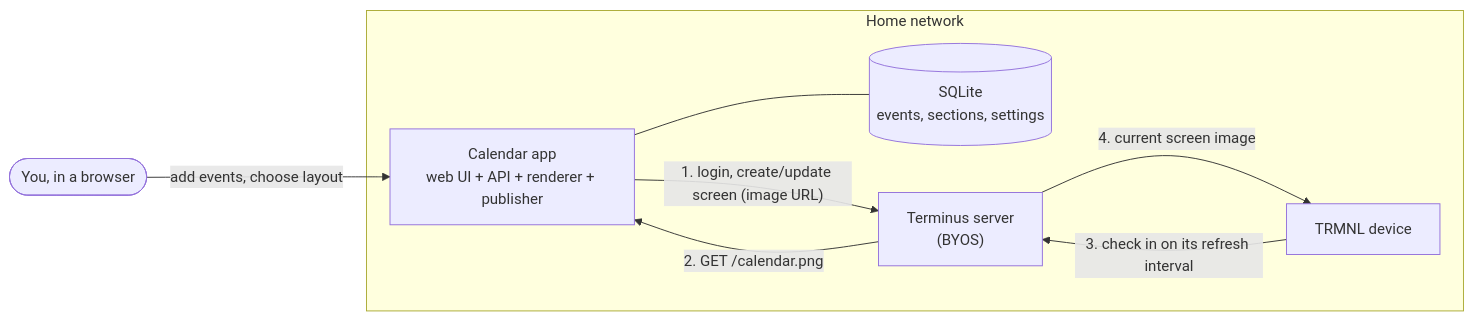
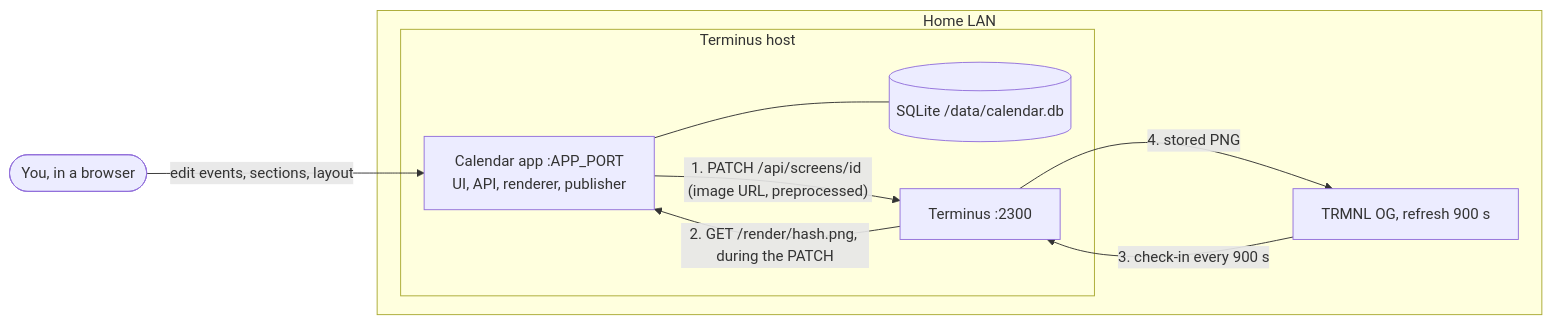
Before and after one commit to sirvishal-homelab/homelab: the first of 4 diagrams in trmnl-calendar/docs/02-architecture.md, drawn with Mermaid. The commit also changed other lines of this file and 49 other files, not shown here.

First line of the commit message:
docs: complete trmnl-calendar design set (docs 00-18, ADRs 0001-0010)

````diff
--- a/trmnl-calendar/docs/02-architecture.md
+++ b/trmnl-calendar/docs/02-architecture.md
@@ -8,16 +29,18 @@
 ```mermaid
 flowchart LR
   user([You, in a browser])
-  subgraph home["Home network"]
-    app["Calendar app<br/>web UI + API + renderer + publisher"]
-    db[("SQLite<br/>events, sections, settings")]
-    terminus["Terminus server<br/>(BYOS)"]
-    device["TRMNL device"]
+  subgraph lan["Home LAN"]
+    subgraph host["Terminus host <server-ip>"]
+      app["Calendar app :APP_PORT<br/>UI, API, renderer, publisher"]
+      db[("SQLite /data/calendar.db")]
+      tm["Terminus :2300"]
+    end
+    device["TRMNL OG, refresh 900 s"]
   end
-  user -->|"add events, choose layout"| app
+  user -->|"edit events, sections, layout"| app
   app --- db
-  app -->|"1. login, create/update screen (image URL)"| terminus
-  terminus -->|"2. GET /calendar.png"| app
-  device -->|"3. check in on its refresh interval"| terminus
-  terminus -->|"4. current screen image"| device
+  app -->|"1. PATCH /api/screens/id (image URL, preprocessed)"| tm
+  tm -->|"2. GET /render/hash.png, during the PATCH"| app
+  device -->|"3. check-in every 900 s"| tm
+  tm -->|"4. stored PNG"| device
 ```
````
